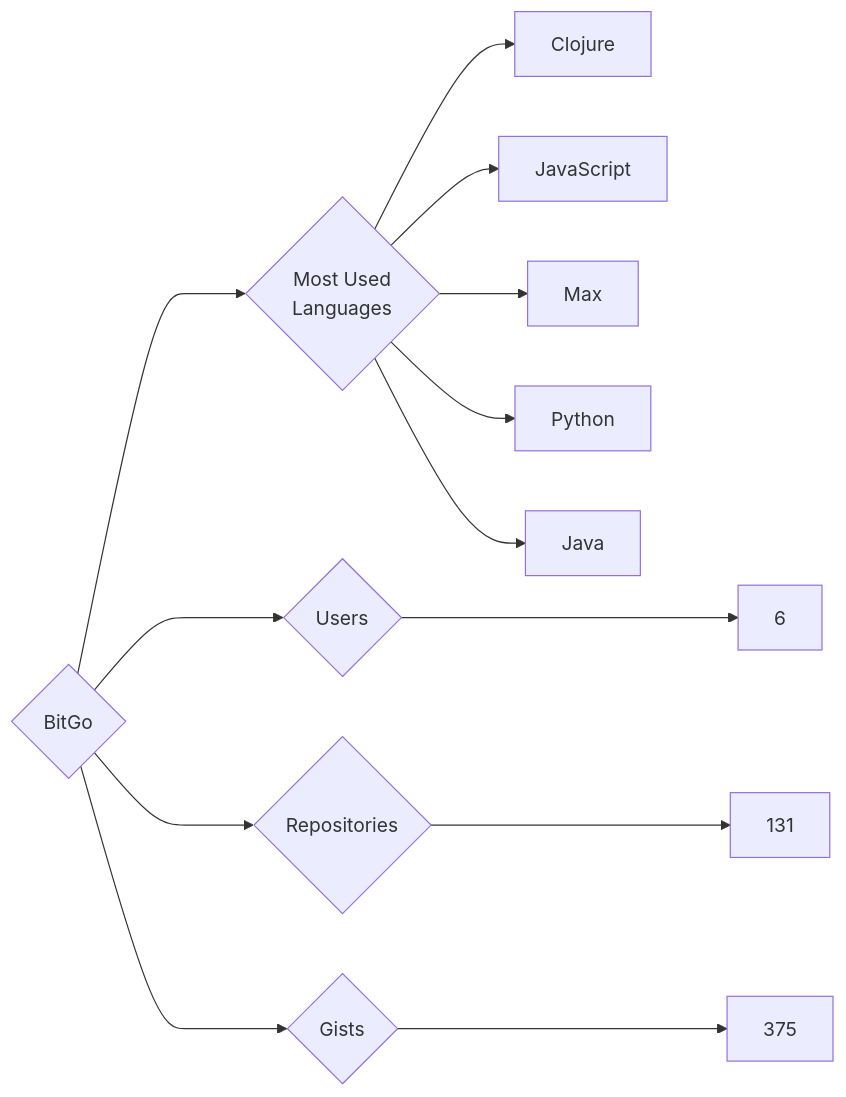
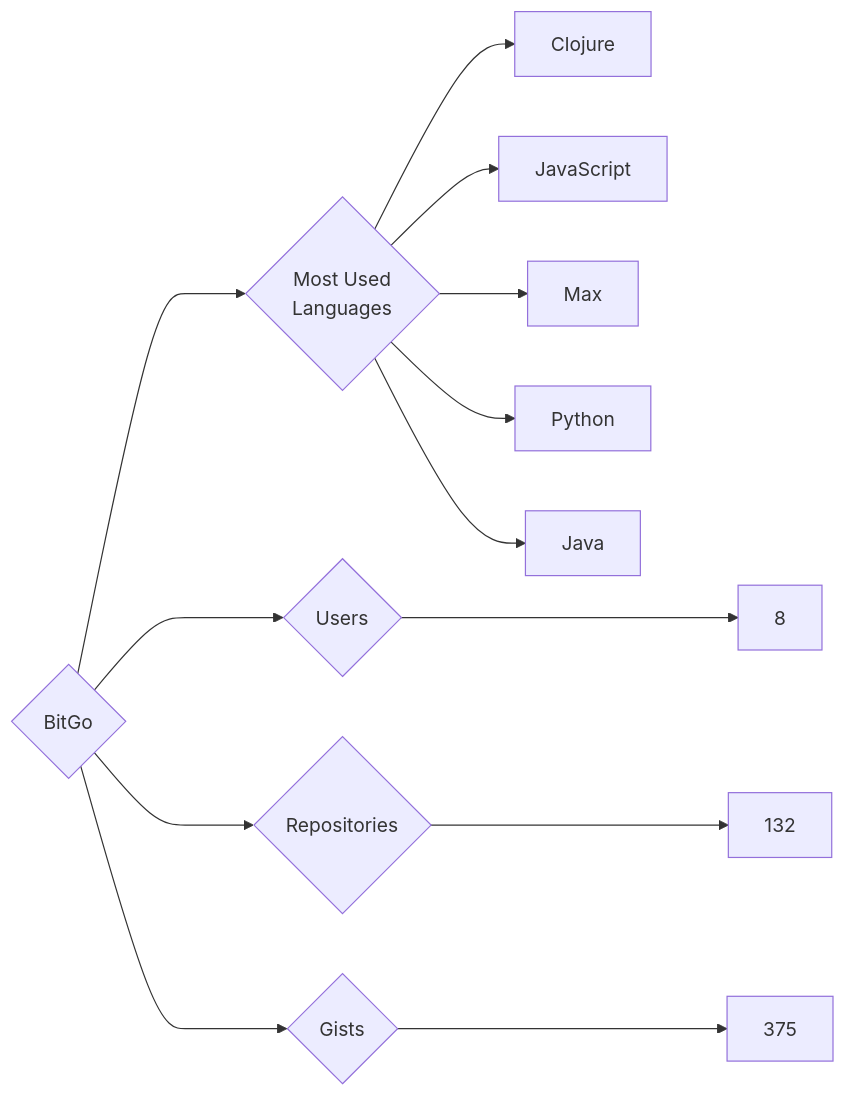
One commit to trickest/insiders changed the diagram in targets/BitGo/README.md. Above: the diagram before and after it, drawn with Mermaid. The commit also changed 1092 other files, not shown here.

````diff
--- a/targets/BitGo/README.md
+++ b/targets/BitGo/README.md
@@ -3,13 +3,13 @@
 ```mermaid
 graph LR
 COMPANY_NAME{BitGo}
-COMPANY_NAME ---> U{Users} ---> UN[6]
-COMPANY_NAME ---> R{Repositories} ---> RN[131]
+COMPANY_NAME ---> U{Users} ---> UN[8]
+COMPANY_NAME ---> R{Repositories} ---> RN[132]
 COMPANY_NAME ---> G{Gists} ---> GN[375]
 COMPANY_NAME ---> ML{Most Used<br>Languages}
 ML --> Clojure[Clojure]
 ML --> JavaScript[JavaScript]
 ML --> Max[Max]
 ML --> Python[Python]
 ML --> Java[Java]
 ```
````
